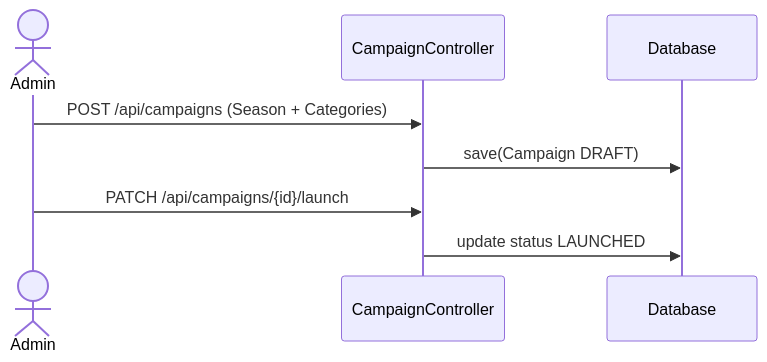
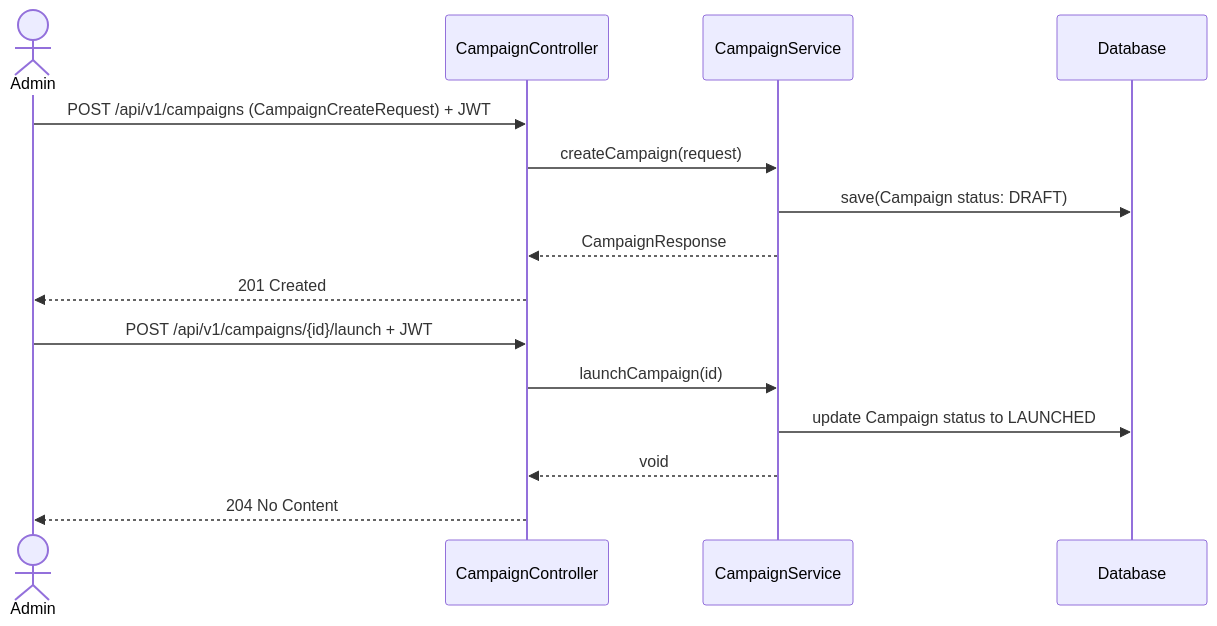
Before and after one commit to bbsebb/ashs-new: diagram 45 of 45 in docs/design_document.md, drawn with Mermaid. The commit also changed other lines of this file and 17 other files, not shown here.

````diff
--- a/docs/design_document.md
+++ b/docs/design_document.md
@@ -1368,11 +1441,17 @@
 ```mermaid
 sequenceDiagram
     actor Admin
-    participant API as CampaignController
+    participant Ctrl as CampaignController
+    participant Service as CampaignService
     participant DB as Database
-
-    Admin->>API: POST /api/campaigns (Season + Categories)
-    API->>DB: save(Campaign DRAFT)
-    Admin->>API: PATCH /api/campaigns/{id}/launch
-    API->>DB: update status LAUNCHED
+    Admin ->> Ctrl: POST /api/v1/campaigns (CampaignCreateRequest) + JWT
+    Ctrl ->> Service: createCampaign(request)
+    Service ->> DB: save(Campaign status: DRAFT)
+    Service -->> Ctrl: CampaignResponse
+    Ctrl -->> Admin: 201 Created
+    Admin ->> Ctrl: POST /api/v1/campaigns/{id}/launch + JWT
+    Ctrl ->> Service: launchCampaign(id)
+    Service ->> DB: update Campaign status to LAUNCHED
+    Service -->> Ctrl: void
+    Ctrl -->> Admin: 204 No Content
 ```
````
